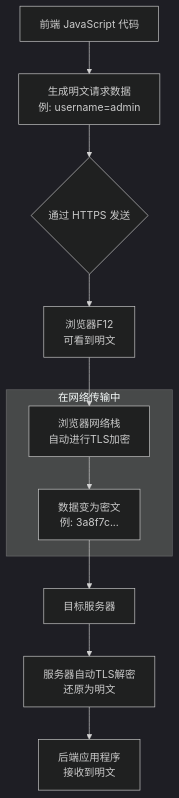
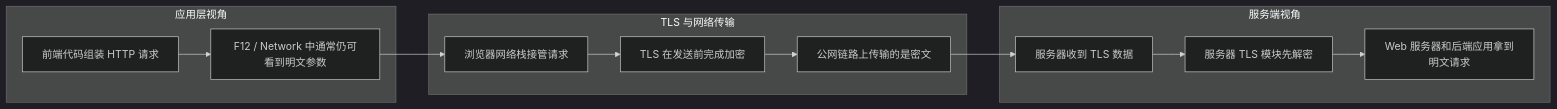
The second of 2 diagrams in _posts/2020-08-10-HTTP内容汇总.markdown (zxNchuPG/zxNchuPG.github.io), drawn with Mermaid (dark theme) before and after one commit. The commit also changed other lines of this file and 1 other file, not shown here.

````diff
--- a/_posts/2020-08-10-HTTP内容汇总.markdown
+++ b/_posts/2020-08-10-HTTP内容汇总.markdown
@@ -138,16 +169,20 @@
 ```mermaid
-flowchart TD
-    A[前端 JavaScript 代码] --> B[生成明文请求数据<br>例: username=admin]
-    B --> C{通过 HTTPS 发送}
-    
-    C --> D[浏览器F12<br>可看到明文]
-    D --> E[浏览器网络栈<br>自动进行TLS加密]
-    
-    subgraph F [在网络传输中]
-        E --> G[数据变为密文<br>例: 3a8f7c...]
+flowchart LR
+    subgraph P4[应用层视角]
+        A[前端代码组装 HTTP 请求] --> B[F12 / Network 中通常仍可看到明文参数]
     end
-    
-    G --> H[目标服务器]
-    H --> I[服务器自动TLS解密<br>还原为明文]
-    I --> J[后端应用程序<br>接收到明文]
+
+    B --> C[浏览器网络栈接管请求]
+
+    subgraph P5[TLS 与网络传输]
+        C --> D[TLS 在发送前完成加密]
+        D --> E[公网链路上传输的是密文]
+    end
+
+    E --> F[服务器收到 TLS 数据]
+
+    subgraph P6[服务端视角]
+        F --> G[服务器 TLS 模块先解密]
+        G --> H[Web 服务器和后端应用拿到明文请求]
+    end
 ```
````
